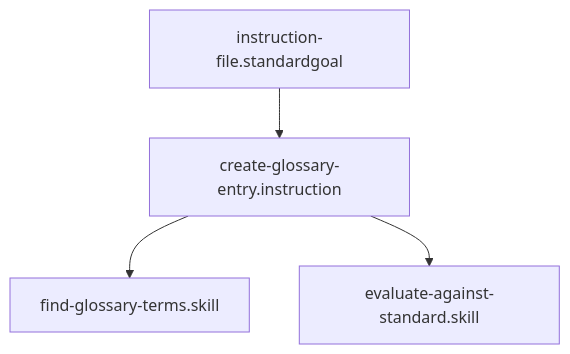
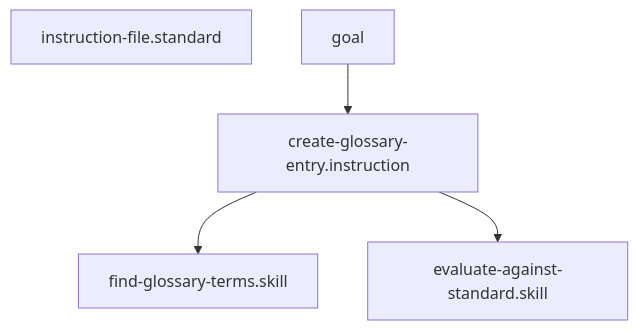
One commit to Gizmo4Life/ai-kernel changed the diagram in instructions/create-glossary-entry.instruction.md. Above: the diagram before and after it, drawn with Mermaid. The commit also changed other lines of this file and 101 other files, not shown here.

````diff
--- a/instructions/create-glossary-entry.instruction.md
+++ b/instructions/create-glossary-entry.instruction.md
@@ -26,6 +26,7 @@
 ```mermaid
 graph TD
-    instruction-file.standardgoal --> create-glossary-entry.instruction
+    instruction-file.standard
+goal --> create-glossary-entry.instruction
     create-glossary-entry.instruction --> find-glossary-terms[find-glossary-terms.skill]
     create-glossary-entry.instruction --> evaluate-against-standard[evaluate-against-standard.skill]
 ```
````
